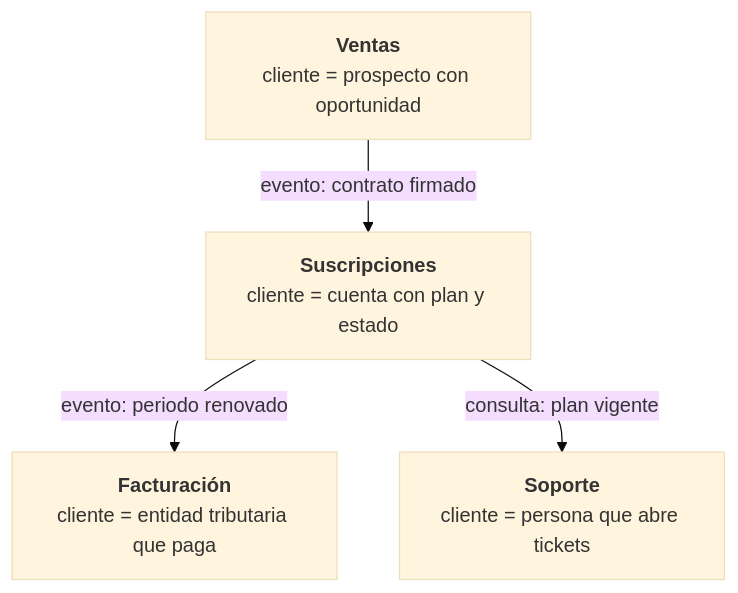
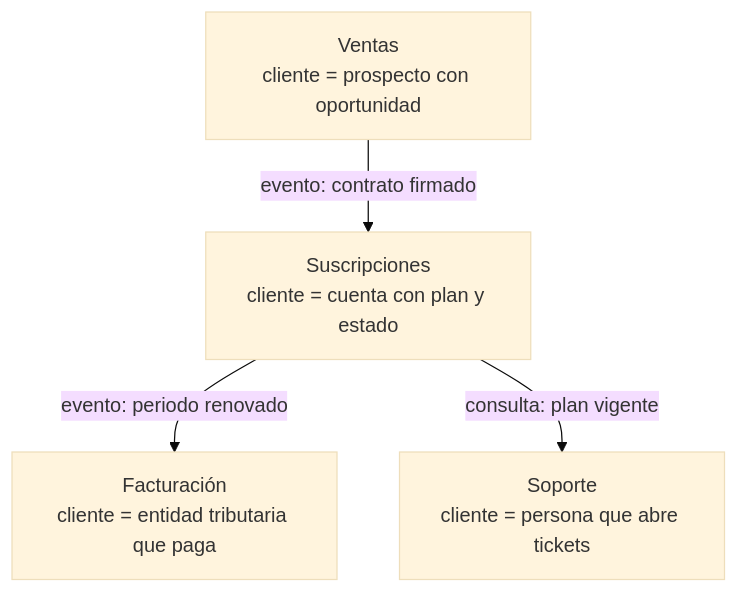
Before and after one commit to andresga79/saas-para-scrum-masters: the first of 3 diagrams in content/12-diseno-deuda-tecnica.md, drawn with Mermaid (base theme). The commit also changed 1 other file, not shown here.

Commit message:
Corrige diagramas invisibles en Safari 27: etiquetas de Mermaid en SVG
Safari 27 (macOS e iOS) mide mal el HTML dentro de foreignObject y
Mermaid calculaba viewBox ~20 veces más grandes (p. ej. 19455x42095 en
vez de ~984x1050), dejando los diagramas microscópicos y en blanco.
Con htmlLabels: false las etiquetas se miden con SVG y el tamaño es
correcto. Se quitan las etiquetas <b> del diagrama DDD, que en SVG no
se interpretan.

````diff
--- a/content/12-diseno-deuda-tecnica.md
+++ b/content/12-diseno-deuda-tecnica.md
@@ -11,11 +11,11 @@
 ```mermaid
 flowchart TB
-    VENTAS["<b>Ventas</b><br/>cliente = prospecto con oportunidad"]
-    SUSC["<b>Suscripciones</b><br/>cliente = cuenta con plan y estado"]
-    FACT["<b>Facturación</b><br/>cliente = entidad tributaria que paga"]
-    SOP["<b>Soporte</b><br/>cliente = persona que abre tickets"]
+    VENTAS["Ventas<br/>cliente = prospecto con oportunidad"]
+    SUSC["Suscripciones<br/>cliente = cuenta con plan y estado"]
+    FACT["Facturación<br/>cliente = entidad tributaria que paga"]
+    SOP["Soporte<br/>cliente = persona que abre tickets"]
 
     VENTAS -- "evento: contrato firmado" --> SUSC
     SUSC -- "evento: periodo renovado" --> FACT
     SUSC -- "consulta: plan vigente" --> SOP
 ```
````
